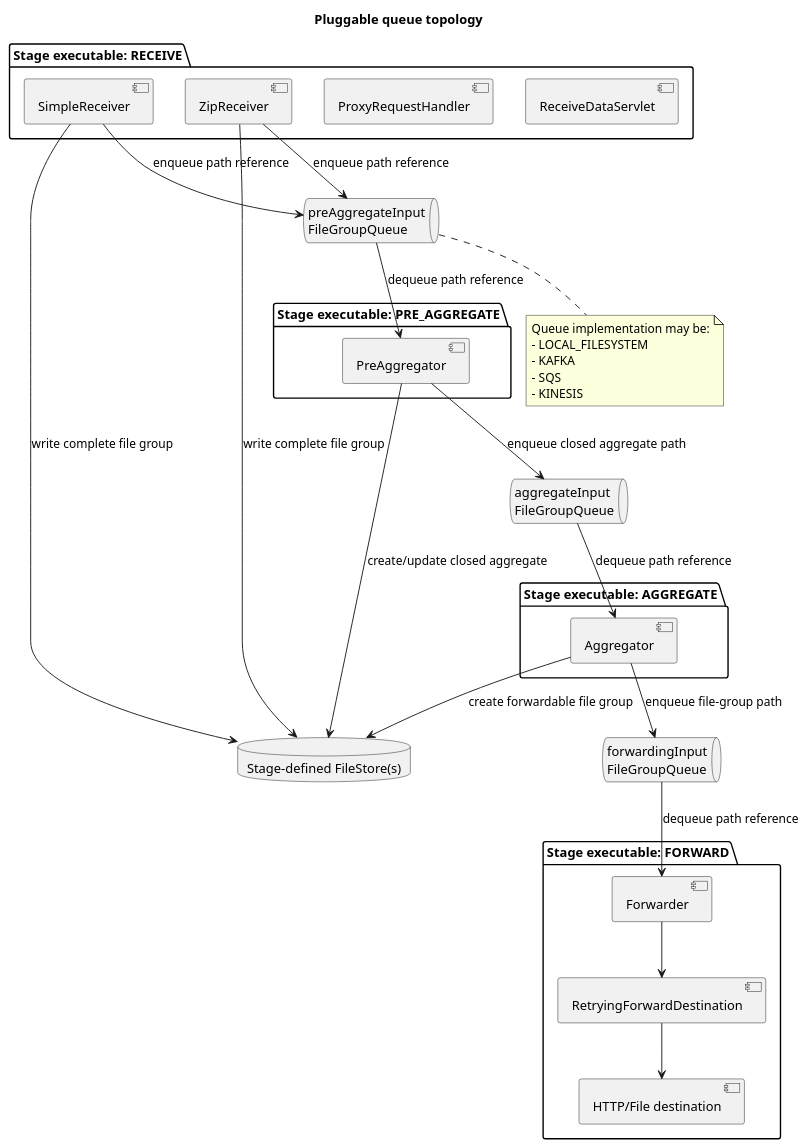
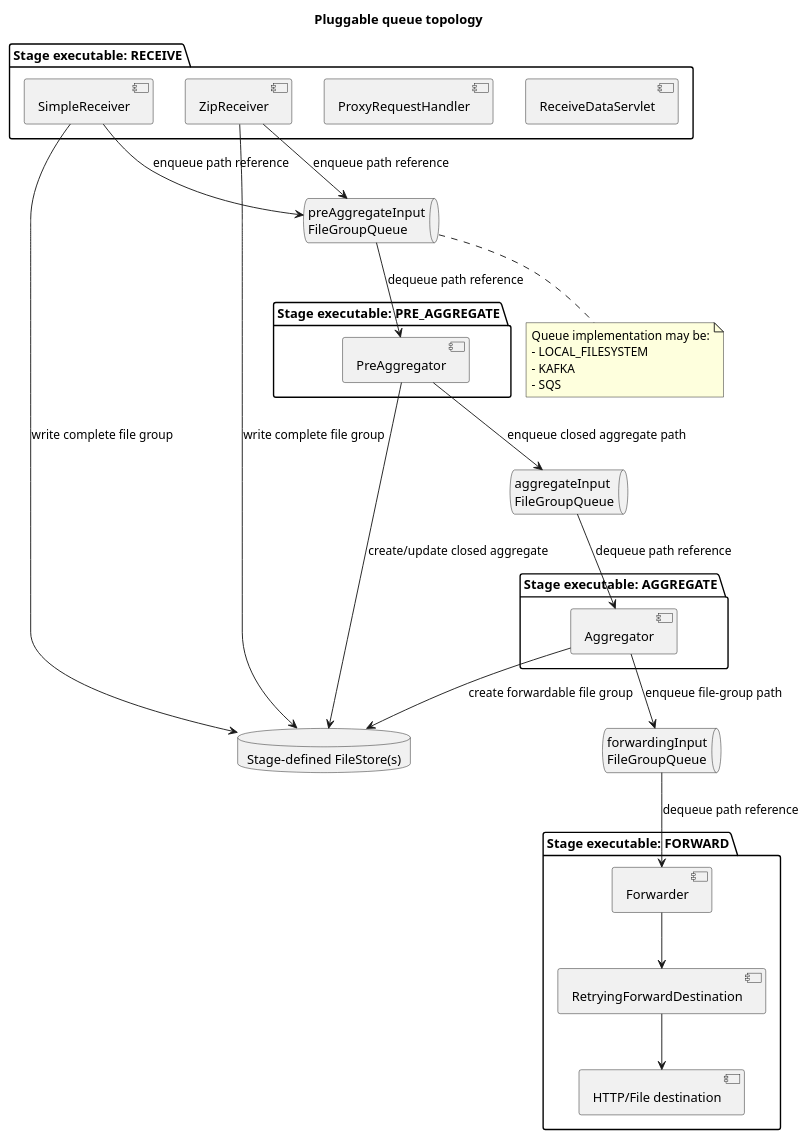
Before and after one commit to gchq/stroom: the diagram in stroom-proxy/designs/pluggable-queue-implementation-plan.md, drawn with PlantUML. The commit also changed other lines of this file and 9 other files, not shown here.

```diff
--- a/stroom-proxy/designs/pluggable-queue-implementation-plan.md
+++ b/stroom-proxy/designs/pluggable-queue-implementation-plan.md
@@ -1147,58 +1100,57 @@
 ~~~plantuml
 @startuml
 title Pluggable queue topology
 
 package "Stage executable: RECEIVE" {
   [ReceiveDataServlet]
   [ProxyRequestHandler]
   [SimpleReceiver]
   [ZipReceiver]
 }
 
 package "Stage executable: PRE_AGGREGATE" {
   [PreAggregator]
 }
 
 package "Stage executable: AGGREGATE" {
   [Aggregator]
 }
 
 package "Stage executable: FORWARD" {
   [Forwarder]
   [RetryingForwardDestination]
   [HTTP/File destination]
 }
 
 database "Stage-defined FileStore(s)" as Store
 
 queue "preAggregateInput\nFileGroupQueue" as Q1
 queue "aggregateInput\nFileGroupQueue" as Q2
 queue "forwardingInput\nFileGroupQueue" as Q3
 
 [SimpleReceiver] --> Store : write complete file group
 [ZipReceiver] --> Store : write complete file group
 [SimpleReceiver] --> Q1 : enqueue path reference
 [ZipReceiver] --> Q1 : enqueue path reference
 
 Q1 --> [PreAggregator] : dequeue path reference
 [PreAggregator] --> Store : create/update closed aggregate
 [PreAggregator] --> Q2 : enqueue closed aggregate path
 
 Q2 --> [Aggregator] : dequeue path reference
 [Aggregator] --> Store : create forwardable file group
 [Aggregator] --> Q3 : enqueue file-group path
 
 Q3 --> [Forwarder] : dequeue path reference
 [Forwarder] --> [RetryingForwardDestination]
 [RetryingForwardDestination] --> [HTTP/File destination]
 
 note bottom of Q1
 Queue implementation may be:
 - LOCAL_FILESYSTEM
 - KAFKA
 - SQS
-- KINESIS
 end note
 
 @enduml
 ~~~
```
